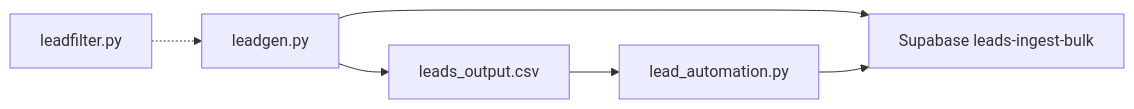
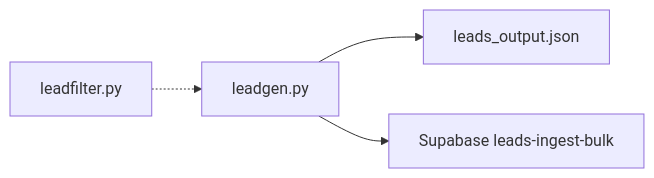
The diagram in documentation/scripts/leadgen.md (StaticxViper/cjm-dev), drawn with Mermaid before and after one commit. The commit also changed other lines of this file and 6 other files, not shown here.

Commit message:
Added sample json and changed output from csv to json

````diff
--- a/documentation/scripts/leadgen.md
+++ b/documentation/scripts/leadgen.md
@@ -104,8 +104,6 @@
 ```mermaid
 flowchart LR
-  leadgen[leadgen.py] --> csv[leads_output.csv]
+  leadgen[leadgen.py] --> jsonOut[leads_output.json]
   leadgen --> supabase[Supabase leads-ingest-bulk]
-  csv --> ingest[lead_automation.py]
-  ingest --> supabase
   leadfilter[leadfilter.py] -.-> leadgen
 ```
````
